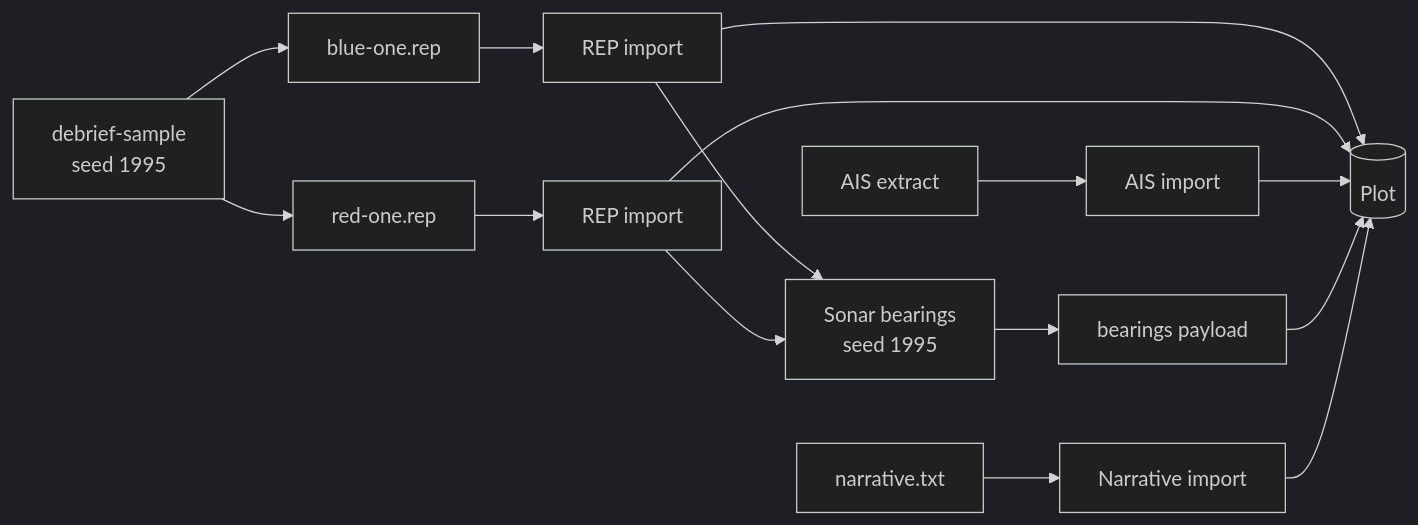
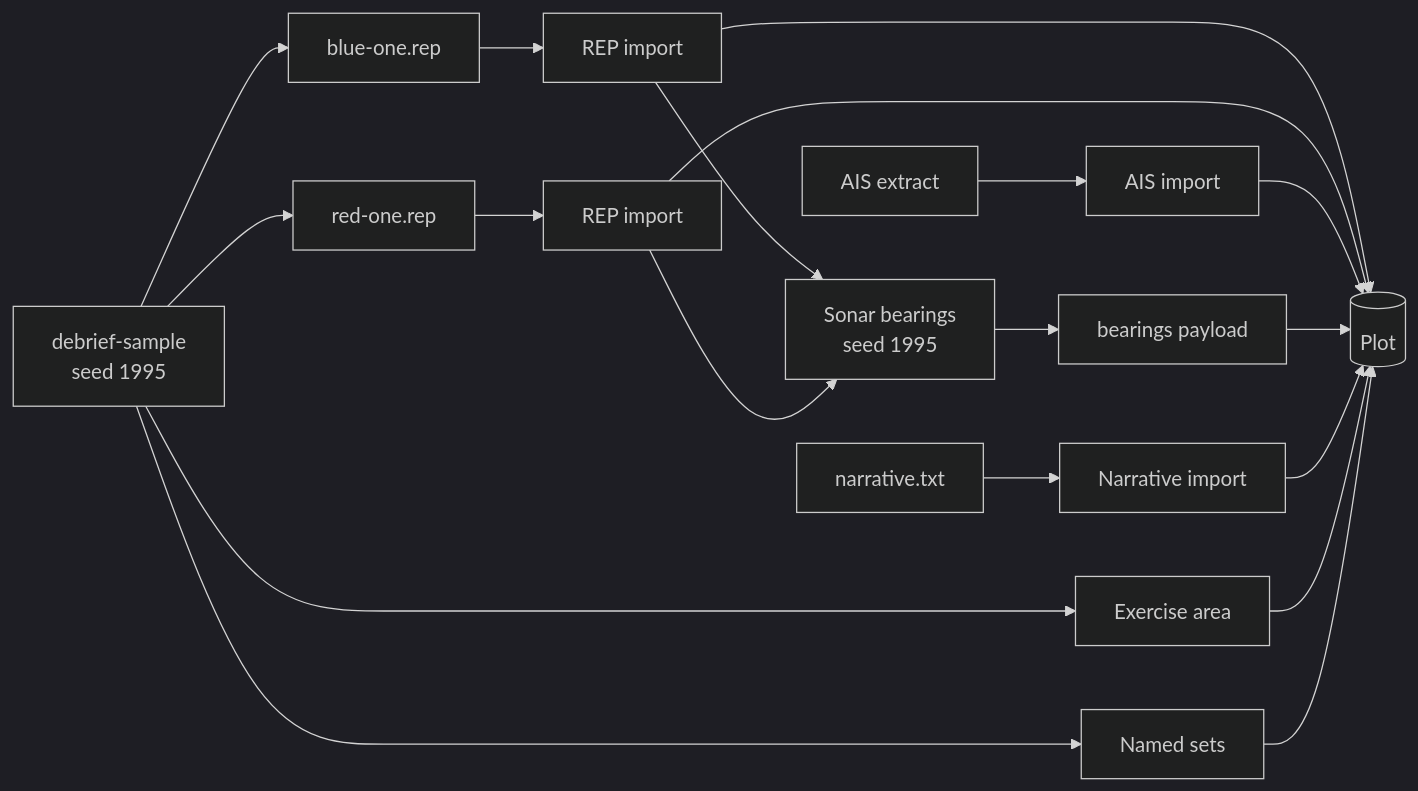
The diagram in site/docs/guides/sample-data.md (debrief/fuudee), drawn with Mermaid (dark theme) before and after one commit. The commit also changed other lines of this file and 13 other files, not shown here.

````diff
--- a/site/docs/guides/sample-data.md
+++ b/site/docs/guides/sample-data.md
@@ -37,13 +37,15 @@
 ```mermaid
 flowchart LR
     B["debrief-sample<br/>seed 1995"] --> BR[blue-one.rep]
     B --> RR[red-one.rep]
     BR --> I1["REP import"]
     RR --> I2["REP import"]
     A[AIS extract] --> I3["AIS import"]
     I1 --> S["Sonar bearings<br/>seed 1995"]
     I2 --> S
     S --> P[bearings payload]
     N[narrative.txt] --> I4["Narrative import"]
-    I1 & I2 & I3 & P & I4 --> Plot[(Plot)]
+    B --> AR["Exercise area"]
+    B --> NS["Named sets"]
+    I1 & I2 & I3 & P & I4 & AR & NS --> Plot[(Plot)]
 ```
````
